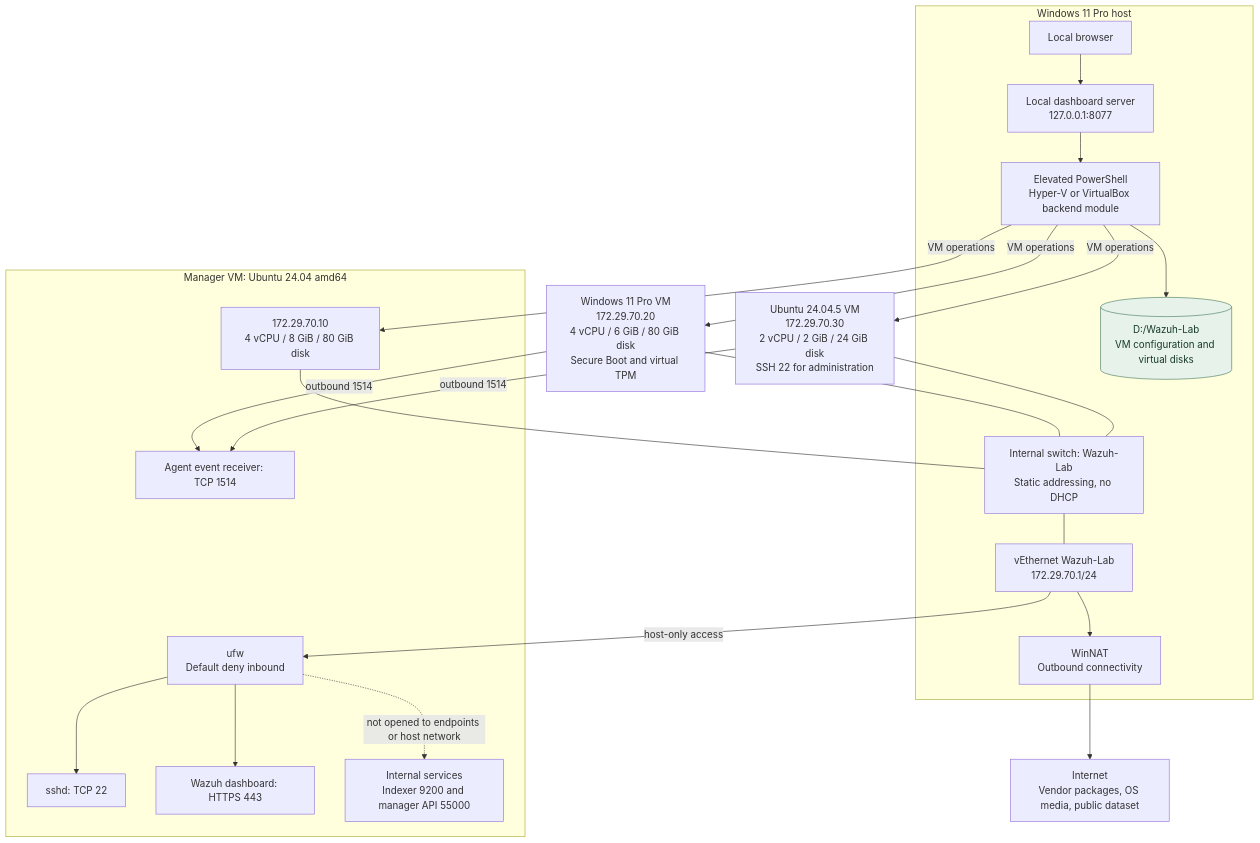
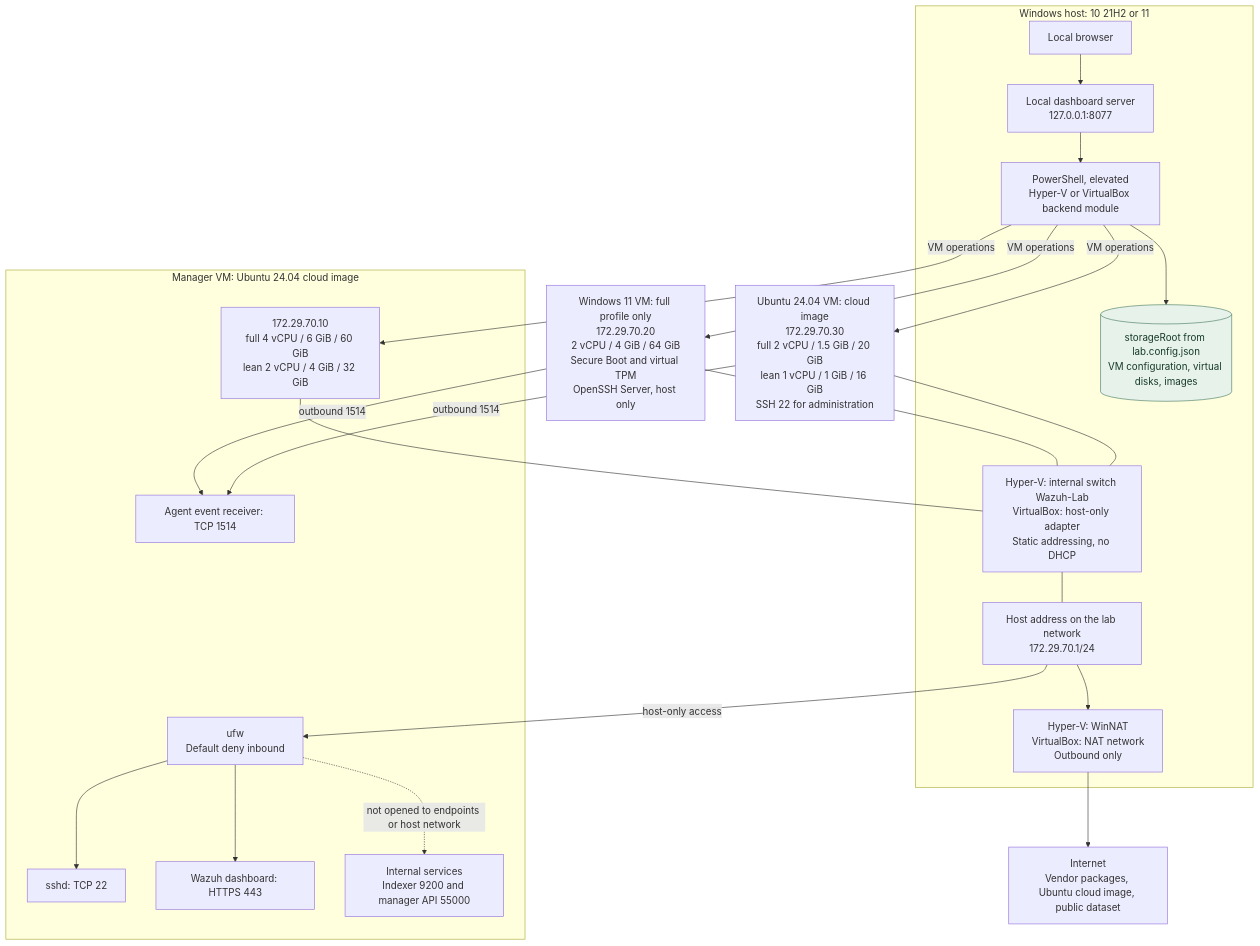
One commit to koustubs/wazuh-mitre-attack-lab changed the second of 11 diagrams in docs/architecture/README.md. Above: the diagram before and after it, drawn with Mermaid. The commit also changed other lines of this file and 14 other files, not shown here.

````diff
--- a/docs/architecture/README.md
+++ b/docs/architecture/README.md
@@ -85,41 +85,41 @@
 ```mermaid
 flowchart TB
-    INTERNET["Internet<br/>Vendor packages, OS media, public dataset"]
-    subgraph HOST["Windows 11 Pro host"]
+    INTERNET["Internet<br/>Vendor packages, Ubuntu cloud image, public dataset"]
+    subgraph HOST["Windows host: 10 21H2 or 11"]
         BROWSER["Local browser"]
         HOSTAPI["Local dashboard server<br/>127.0.0.1:8077"]
-        ADMIN["Elevated PowerShell<br/>Hyper-V or VirtualBox backend module"]
-        DISKS[("D:/Wazuh-Lab<br/>VM configuration and virtual disks")]
-        GW["vEthernet Wazuh-Lab<br/>172.29.70.1/24"]
-        NAT["WinNAT<br/>Outbound connectivity"]
-        SW["Internal switch: Wazuh-Lab<br/>Static addressing, no DHCP"]
+        ADMIN["PowerShell, elevated<br/>Hyper-V or VirtualBox backend module"]
+        DISKS[("storageRoot from lab.config.json<br/>VM configuration, virtual disks, images")]
+        GW["Host address on the lab network<br/>172.29.70.1/24"]
+        NAT["Hyper-V: WinNAT<br/>VirtualBox: NAT network<br/>Outbound only"]
+        SW["Hyper-V: internal switch Wazuh-Lab<br/>VirtualBox: host-only adapter<br/>Static addressing, no DHCP"]
     end
-    subgraph MVM["Manager VM: Ubuntu 24.04 amd64"]
+    subgraph MVM["Manager VM: Ubuntu 24.04 cloud image"]
         FW["ufw<br/>Default deny inbound"]
-        MS["172.29.70.10<br/>4 vCPU / 8 GiB / 80 GiB disk"]
+        MS["172.29.70.10<br/>full 4 vCPU / 6 GiB / 60 GiB<br/>lean 2 vCPU / 4 GiB / 32 GiB"]
         SSH["sshd: TCP 22"]
         WEB["Wazuh dashboard: HTTPS 443"]
         EVENTS["Agent event receiver: TCP 1514"]
         LOCAL["Internal services<br/>Indexer 9200 and manager API 55000"]
     end
-    WVM["Windows 11 Pro VM<br/>172.29.70.20<br/>4 vCPU / 6 GiB / 80 GiB disk<br/>Secure Boot and virtual TPM"]
-    LVM["Ubuntu 24.04.5 VM<br/>172.29.70.30<br/>2 vCPU / 2 GiB / 24 GiB disk<br/>SSH 22 for administration"]
+    WVM["Windows 11 VM: full profile only<br/>172.29.70.20<br/>2 vCPU / 4 GiB / 64 GiB<br/>Secure Boot and virtual TPM<br/>OpenSSH Server, host only"]
+    LVM["Ubuntu 24.04 VM: cloud image<br/>172.29.70.30<br/>full 2 vCPU / 1.5 GiB / 20 GiB<br/>lean 1 vCPU / 1 GiB / 16 GiB<br/>SSH 22 for administration"]
     BROWSER --> HOSTAPI
     HOSTAPI --> ADMIN
     ADMIN -->|VM operations| MS
     ADMIN -->|VM operations| WVM
     ADMIN -->|VM operations| LVM
     ADMIN --> DISKS
     SW --- GW --> NAT --> INTERNET
     MS --- SW
     WVM --- SW
     LVM --- SW
     GW -->|host-only access| FW
     FW --> SSH
     FW --> WEB
     WVM -->|outbound 1514| EVENTS
     LVM -->|outbound 1514| EVENTS
     FW -.->|not opened to endpoints or host network| LOCAL
     classDef store fill:#e7f2eb,stroke:#487b60,color:#173b29
     class DISKS store
 ```
````
